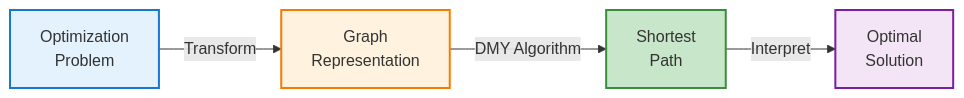
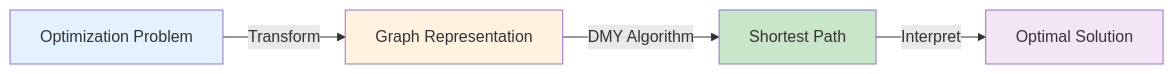
Before and after one commit to danielchen26/OptimShortestPaths.jl: the first of 2 diagrams in examples/comprehensive_demo/DASHBOARD.md, drawn with Mermaid. The commit also changed other lines of this file, not shown here.

First line of the commit message:
fix: simplify Mermaid syntax for GitHub rendering compatibility

````diff
--- a/examples/comprehensive_demo/DASHBOARD.md
+++ b/examples/comprehensive_demo/DASHBOARD.md
@@ -27,11 +27,11 @@
 ```mermaid
 graph LR
-    A[Optimization<br/>Problem] -->|Transform| B[Graph<br/>Representation]
-    B -->|DMY Algorithm| C[Shortest<br/>Path]
-    C -->|Interpret| D[Optimal<br/>Solution]
+    A[Optimization Problem] -->|Transform| B[Graph Representation]
+    B -->|DMY Algorithm| C[Shortest Path]
+    C -->|Interpret| D[Optimal Solution]
 
-    style A fill:#E3F2FD,stroke:#1976D2,stroke-width:2px
-    style B fill:#FFF3E0,stroke:#F57C00,stroke-width:2px
-    style C fill:#C8E6C9,stroke:#388E3C,stroke-width:2px
-    style D fill:#F3E5F5,stroke:#7B1FA2,stroke-width:2px
+    style A fill:#E3F2FD
+    style B fill:#FFF3E0
+    style C fill:#C8E6C9
+    style D fill:#F3E5F5
 ```
````
